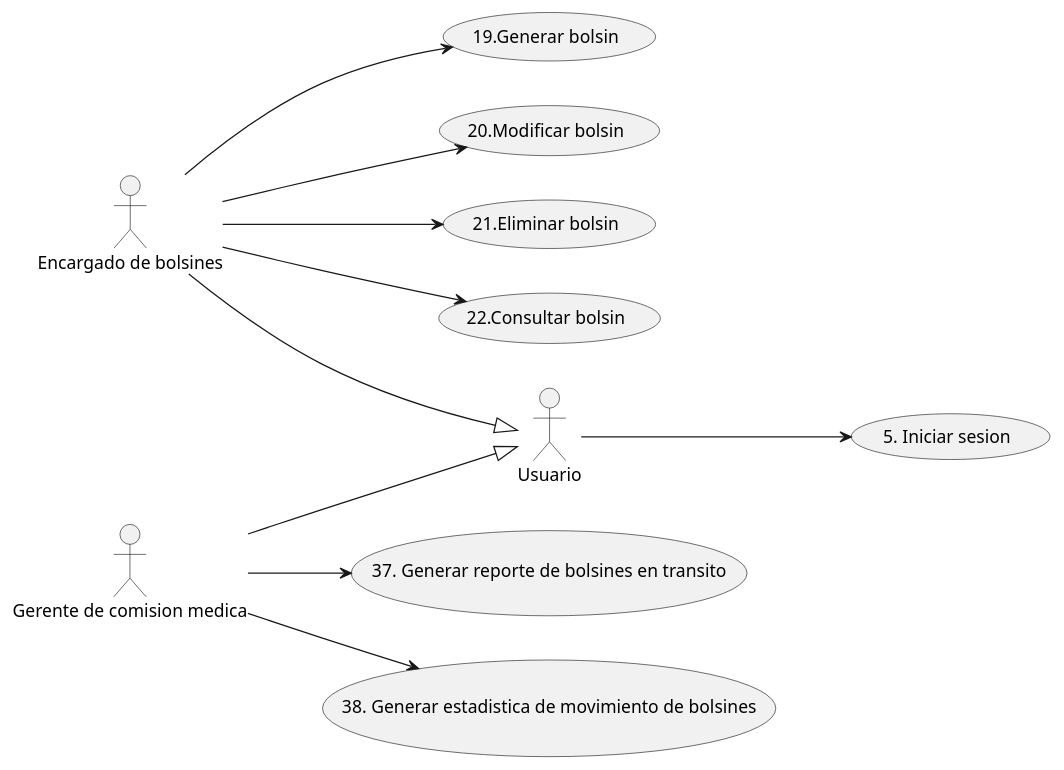
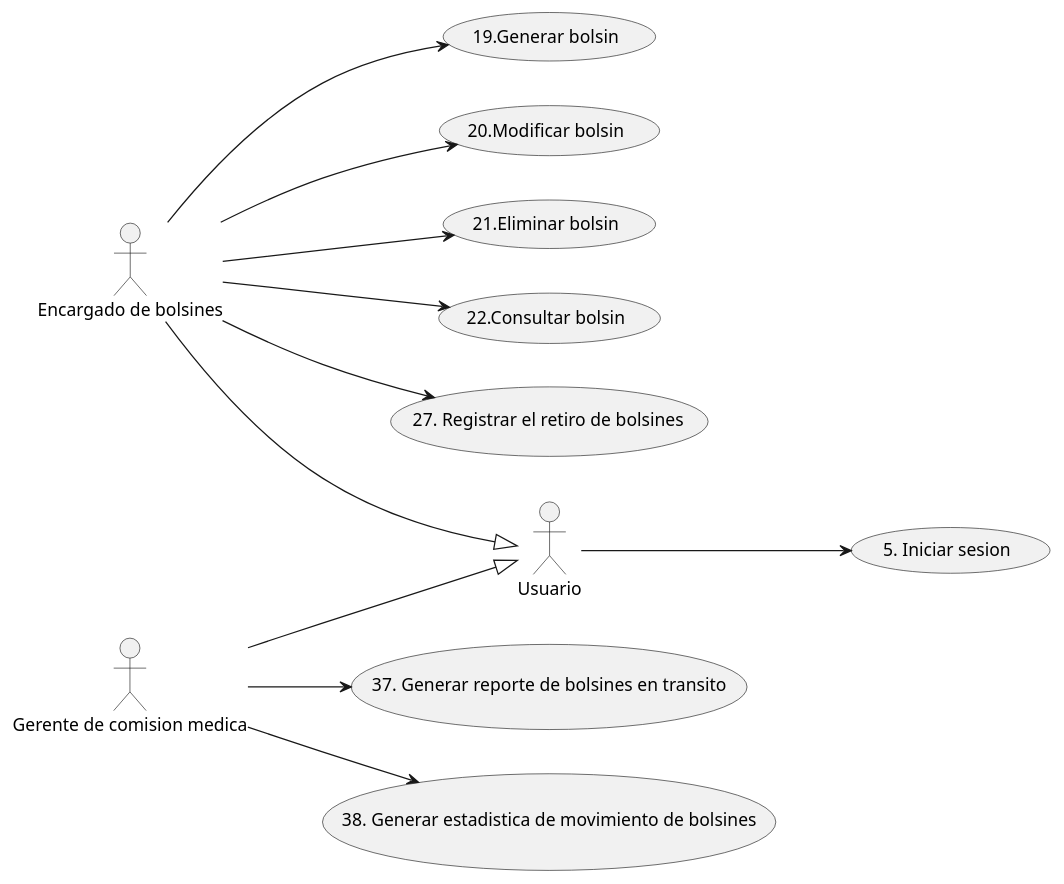
One commit to FabrizioRava/PPAI-2026-Grupo1 changed the diagram in vistasArquitectónicas/vistaFuncionalidad.plantuml. Above: the diagram before and after it, drawn with PlantUML. The commit also changed 4 other files, not shown here.

```diff
--- a/vistasArquitectónicas/vistaFuncionalidad.plantuml
+++ b/vistasArquitectónicas/vistaFuncionalidad.plantuml
@@ -1,27 +1,29 @@
 @startuml usecaseDiagram
 left to right direction
 
 actor "Encargado de bolsines" as EB
 actor "Gerente de comision medica" as GM
 actor "Usuario" as U
 
 usecase "19.Generar bolsin" as U19
 usecase "20.Modificar bolsin" as U20
 usecase "21.Eliminar bolsin" as U21
 usecase "22.Consultar bolsin" as U22
 usecase "5. Iniciar sesion" as U5
 usecase "37. Generar reporte de bolsines en transito" as U37
 usecase "38. Generar estadistica de movimiento de bolsines" as U38
+usecase "27. Registrar el retiro de bolsines" as U27
 
 EB --|>U
 GM --|>U
 
 U --> U5
 EB --> U19
 EB --> U20
 EB --> U21
 EB --> U22
+EB --> U27
 
 GM --> U37
 GM --> U38
 @enduml
```
